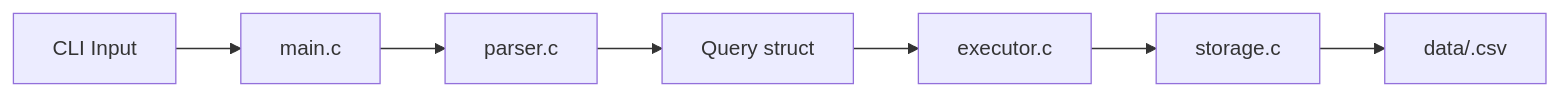
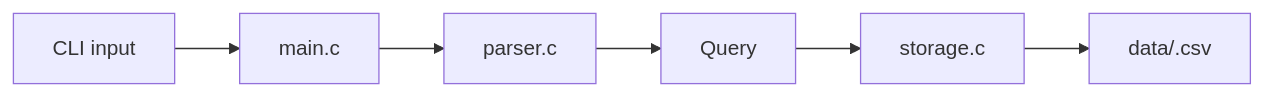
Before and after one commit to JEONWOOHYUN-hydromel/Krafton_Jungle_Wednesday_Codex_Week6: the first of 3 diagrams in README.md, drawn with Mermaid. The commit also changed other lines of this file and 9 other files, not shown here.

````diff
--- a/README.md
+++ b/README.md
@@ -29,9 +40,8 @@
 ```mermaid
 flowchart LR
-    A["CLI Input"] --> B["main.c"]
+    A["CLI input"] --> B["main.c"]
     B --> C["parser.c"]
-    C --> D["Query struct"]
-    D --> E["executor.c"]
-    E --> F["storage.c"]
-    F --> G["data/<table>.csv"]
+    C --> D["Query"]
+    D --> E["storage.c"]
+    E --> F["data/<table>.csv"]
 ```
````
